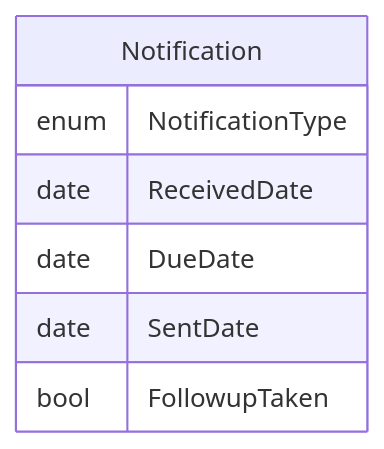
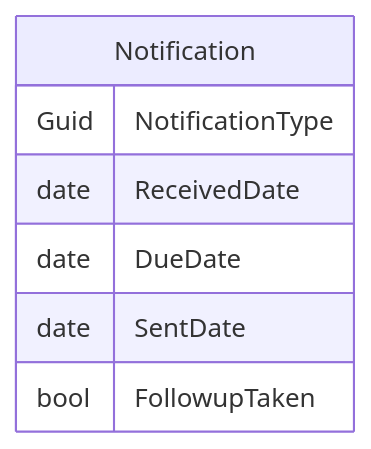
Before and after one commit to gaepdit/air-web: the second of 2 diagrams in docs/Workflows/Work-entries/Notification.md, drawn with Mermaid. The commit also changed 41 other files, not shown here.

Commit message:
Change Notification Type to standard named entity

````diff
--- a/docs/Workflows/Work-entries/Notification.md
+++ b/docs/Workflows/Work-entries/Notification.md
@@ -30,10 +30,10 @@
 ```mermaid
 erDiagram
     Notification {
-        enum NotificationType
+        Guid NotificationType
         date ReceivedDate
         date DueDate
         date SentDate
         bool FollowupTaken
     }
 ```
````
